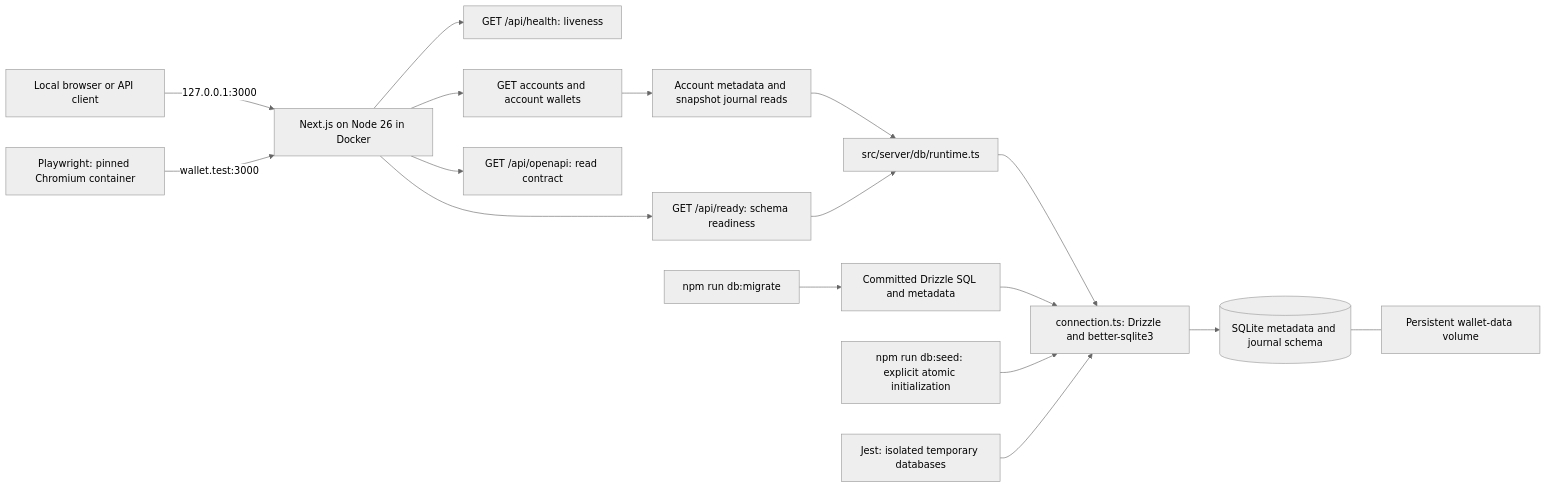
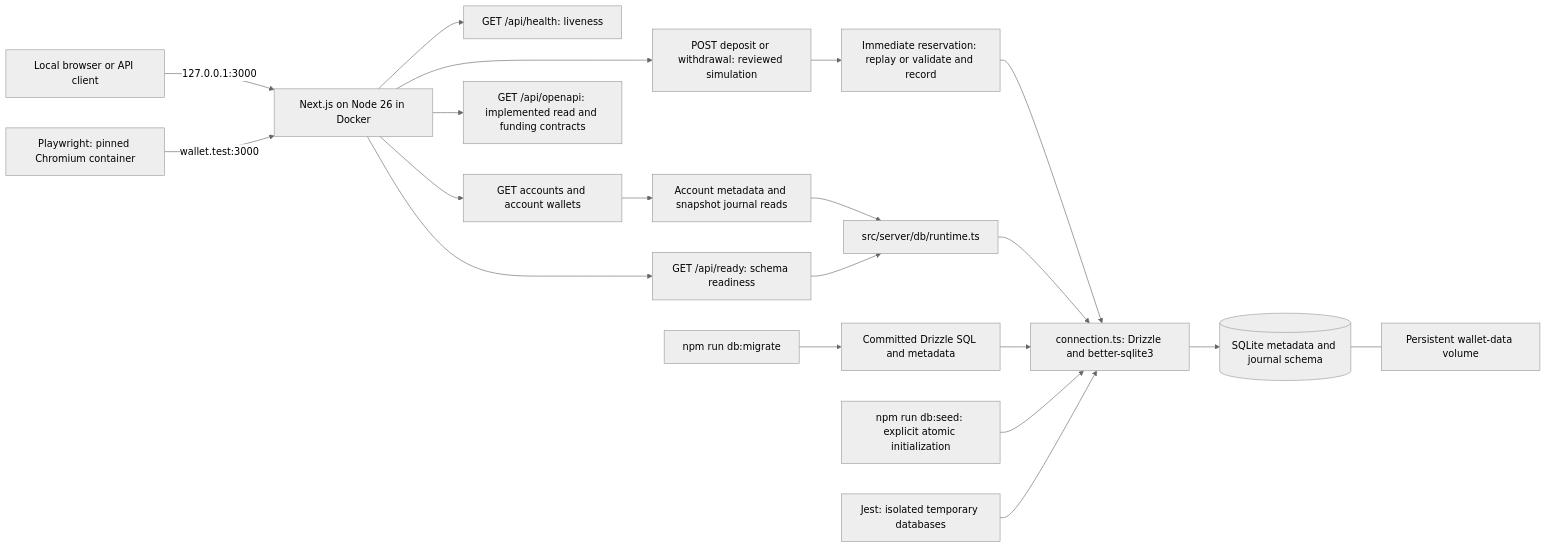
Before and after one commit to ahmadhafizh16/cocowallet: the first of 9 diagrams in artifact/DIAGRAMS.md, drawn with Mermaid (neutral theme). The commit also changed other lines of this file and 25 other files, not shown here.

Commit message:
docs(funding): record safe submission contracts and verification

````diff
--- a/artifact/DIAGRAMS.md
+++ b/artifact/DIAGRAMS.md
@@ -7,19 +7,22 @@
 ```mermaid
 flowchart LR
     Local[Local browser or API client] -->|127.0.0.1:3000| Next[Next.js on Node 26 in Docker]
     Next --> Health[GET /api/health: liveness]
     Next --> Ready[GET /api/ready: schema readiness]
     Next --> Reads[GET accounts and account wallets]
-    Next --> Spec[GET /api/openapi: read contract]
+    Next --> Spec[GET /api/openapi: implemented read and funding contracts]
+    Next --> Funding[POST deposit or withdrawal: reviewed simulation]
+    Funding --> Atomic[Immediate reservation: replay or validate and record]
+    Atomic --> Connection
     Reads --> Services[Account metadata and snapshot journal reads]
     Services --> Runtime
     Ready --> Runtime[src/server/db/runtime.ts]
     Runtime --> Connection[connection.ts: Drizzle and better-sqlite3]
     CLI[npm run db:migrate] --> Migrations[Committed Drizzle SQL and metadata]
     Migrations --> Connection
     Seed[npm run db:seed: explicit atomic initialization] --> Connection
     Connection --> SQLite[(SQLite metadata and journal schema)]
     SQLite --- Volume[Persistent wallet-data volume]
     Jest[Jest: isolated temporary databases] --> Connection
     Browser[Playwright: pinned Chromium container] -->|wallet.test:3000| Next
 ```
````
